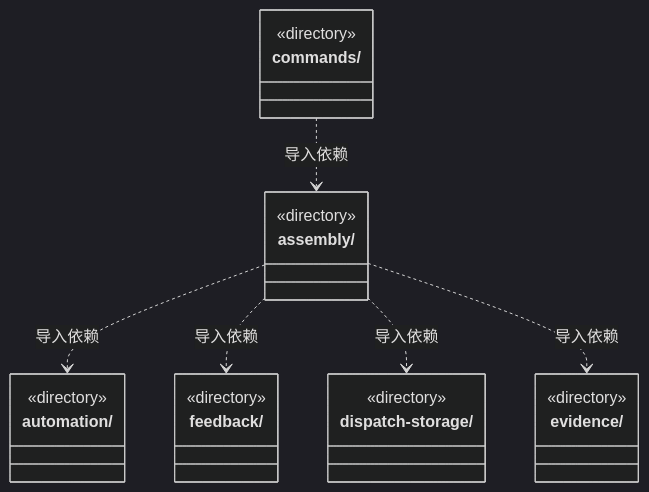
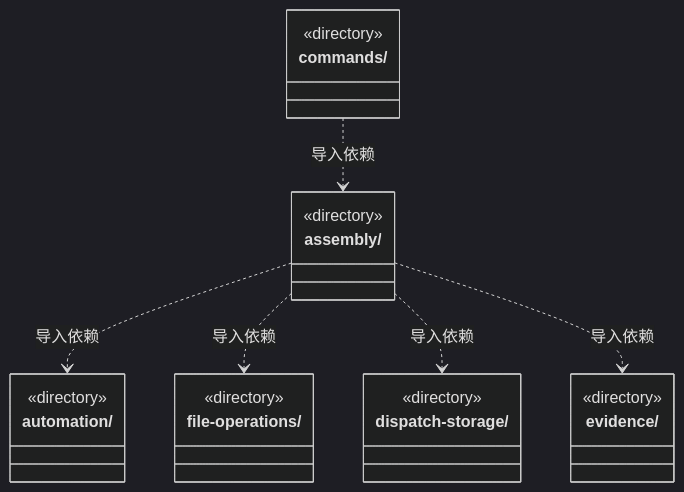
One commit to nan023062/cbim changed the first of 7 diagrams in src/backend/main/ARCHITECTURE.md. Above: the diagram before and after it, drawn with Mermaid (dark theme). The commit also changed other lines of this file and 74 other files, not shown here.

````diff
--- a/src/backend/main/ARCHITECTURE.md
+++ b/src/backend/main/ARCHITECTURE.md
@@ -17,26 +17,26 @@
 ```mermaid
 classDiagram
 class N_src_backend_main_assembly["assembly/"] {
   <<directory>>
 }
 class N_src_backend_main_automation["automation/"] {
   <<directory>>
 }
 class N_src_backend_main_commands["commands/"] {
   <<directory>>
 }
 class N_src_backend_main_dispatch_storage["dispatch-storage/"] {
   <<directory>>
 }
 class N_src_backend_main_evidence["evidence/"] {
   <<directory>>
 }
-class N_src_backend_main_feedback["feedback/"] {
+class N_src_backend_main_file_operations["file-operations/"] {
   <<directory>>
 }
 N_src_backend_main_assembly ..> N_src_backend_main_automation : 导入依赖
-N_src_backend_main_assembly ..> N_src_backend_main_feedback : 导入依赖
+N_src_backend_main_assembly ..> N_src_backend_main_file_operations : 导入依赖
 N_src_backend_main_assembly ..> N_src_backend_main_dispatch_storage : 导入依赖
 N_src_backend_main_assembly ..> N_src_backend_main_evidence : 导入依赖
 N_src_backend_main_commands ..> N_src_backend_main_assembly : 导入依赖
 ```
````
